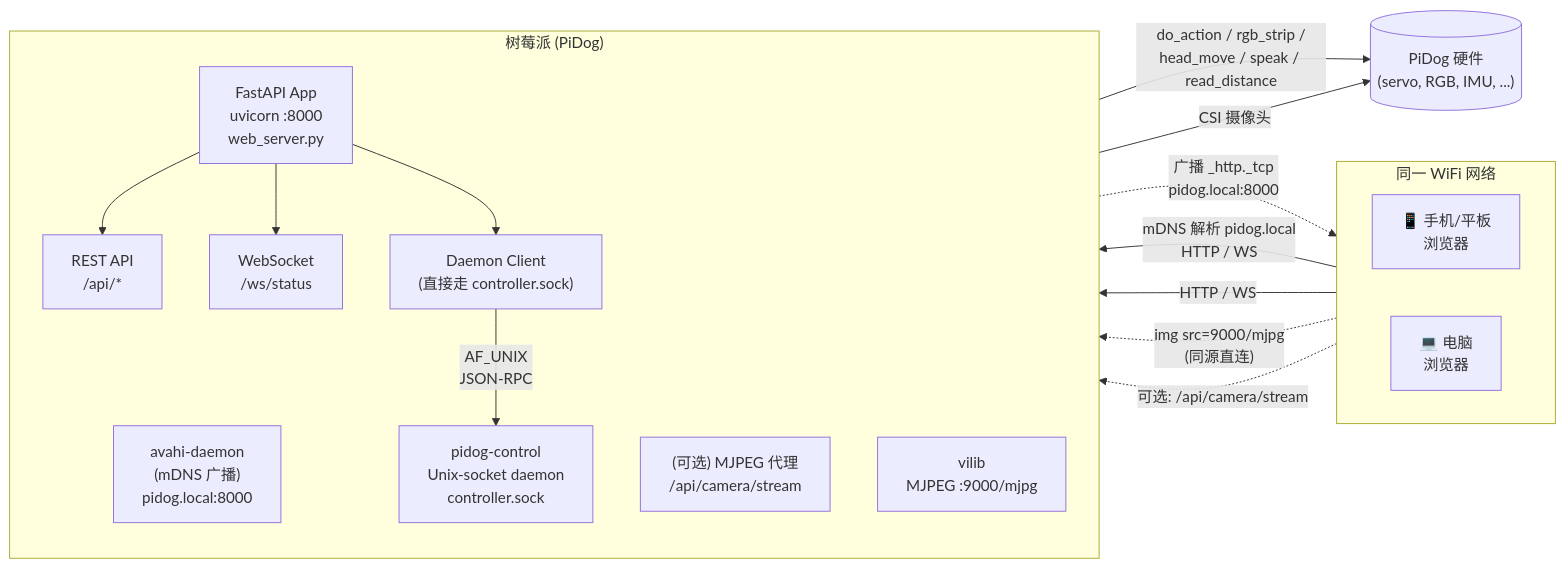
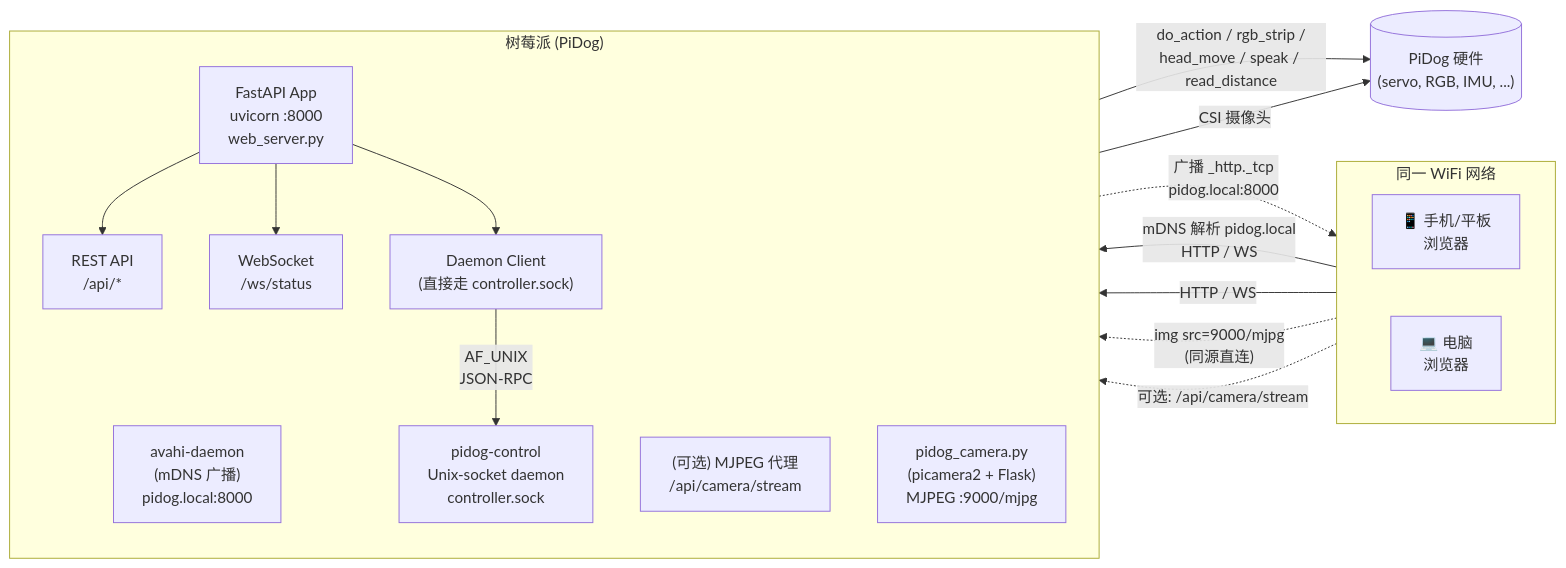
One commit to xic2727/pidog changed the first of 2 diagrams in docs/plans/local-web-console.md. Above: the diagram before and after it, drawn with Mermaid. The commit also changed other lines of this file and 3 other files, not shown here.

Commit message:
feat: replace vilib with picamera2 for MJPEG streaming and update related services

````diff
--- a/docs/plans/local-web-console.md
+++ b/docs/plans/local-web-console.md
@@ -53,32 +54,32 @@
 ```mermaid
 flowchart LR
   subgraph LAN["同一 WiFi 网络"]
     direction LR
     Phone["📱 手机/平板<br/>浏览器"]
     Laptop["💻 电脑<br/>浏览器"]
   end
 
   subgraph Pi["树莓派 (PiDog)"]
     direction TB
     Avahi["avahi-daemon<br/>(mDNS 广播)<br/>pidog.local:8000"]
     Web["FastAPI App<br/>uvicorn :8000<br/>web_server.py"]
     WS["WebSocket<br/>/ws/status"]
     REST["REST API<br/>/api/*"]
     Proxy["(可选) MJPEG 代理<br/>/api/camera/stream"]
     Client["Daemon Client<br/>(直接走 controller.sock)"]
     Bus["pidog-control<br/>Unix-socket daemon<br/>controller.sock"]
-    Cam["vilib<br/>MJPEG :9000/mjpg"]
+    Cam["pidog_camera.py<br/>(picamera2 + Flask)<br/>MJPEG :9000/mjpg"]
   end
 
   Phone -- "mDNS 解析 pidog.local<br/>HTTP / WS" --> Web
   Laptop -- "HTTP / WS" --> Web
   Avahi -. "广播 _http._tcp<br/>pidog.local:8000" .-> Phone
   Web --> REST
   Web --> WS
   Web --> Client
   Phone -. "img src=9000/mjpg<br/>(同源直连)" .-> Cam
   Phone -. "可选: /api/camera/stream" .-> Proxy
   Client -- "AF_UNIX<br/>JSON-RPC" --> Bus
   Bus -- "do_action / rgb_strip /<br/>head_move / speak / read_distance" --> HW[("PiDog 硬件<br/>(servo, RGB, IMU, ...)")]
   Cam -- "CSI 摄像头" --> HW
 ```
````
